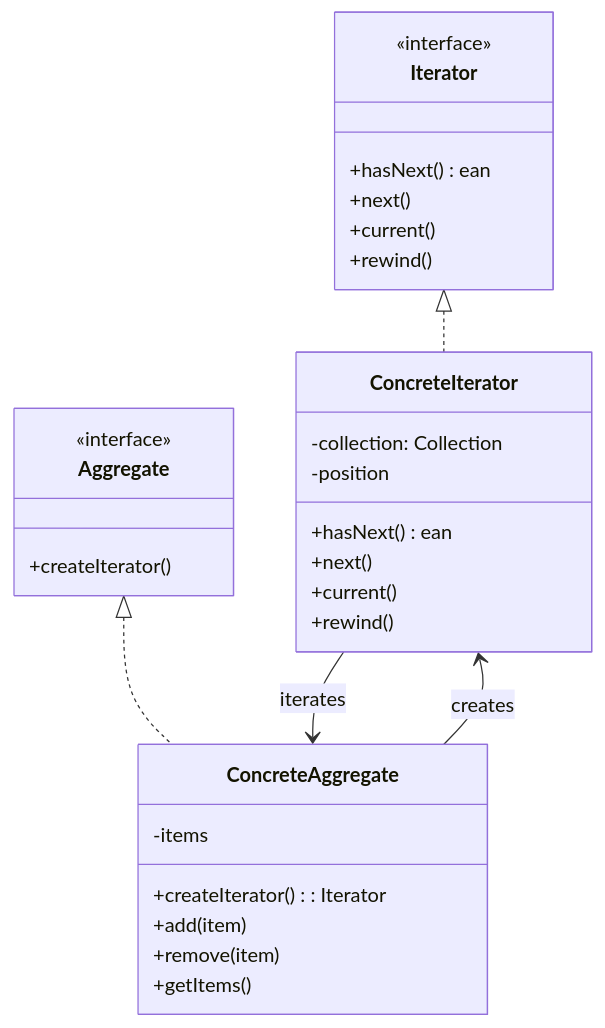
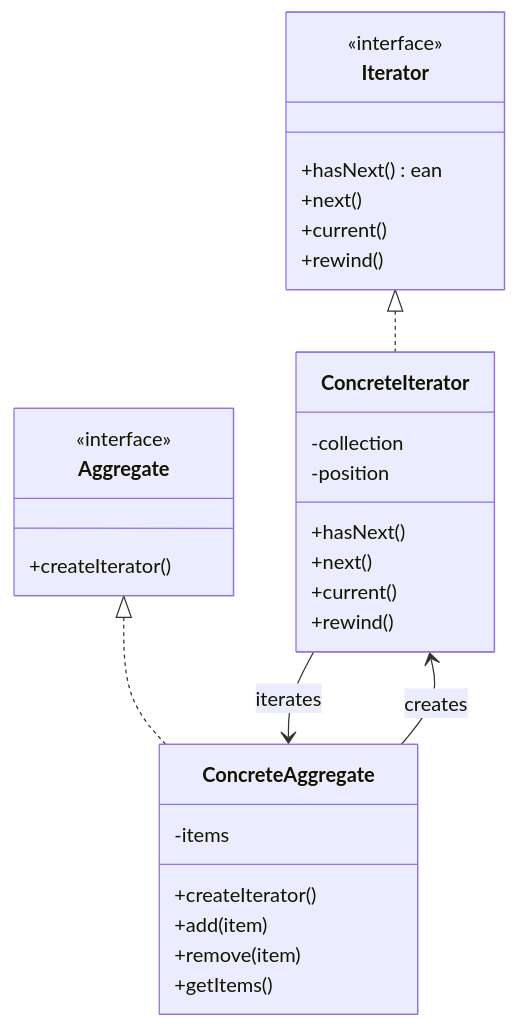
Before and after one commit to fanly/DesignPattern: the first of 2 diagrams in resources/design-patterns/laravel/behavioral/iterator_en.md, drawn with Mermaid. The commit also changed 17 other files, not shown here.

````diff
--- a/resources/design-patterns/laravel/behavioral/iterator_en.md
+++ b/resources/design-patterns/laravel/behavioral/iterator_en.md
@@ -10,37 +10,37 @@
 ```mermaid
 classDiagram
     class Iterator {
         <<interface>>
         +hasNext()ean
         +next()
         +current()
         +rewind()
     }
     
     class ConcreteIterator {
-        -collection: Collection
+        -collection
         -position
-        +hasNext()ean
+        +hasNext()
         +next()
         +current()
         +rewind()
     }
     
     class Aggregate {
         <<interface>>
         +createIterator()
     }
     
     class ConcreteAggregate {
         -items
-        +createIterator(): Iterator
+        +createIterator()
         +add(item)
         +remove(item)
         +getItems()
     }
     
     Iterator <|.. ConcreteIterator
     Aggregate <|.. ConcreteAggregate
     ConcreteAggregate --> ConcreteIterator : creates
     ConcreteIterator --> ConcreteAggregate : iterates
 ```
````
